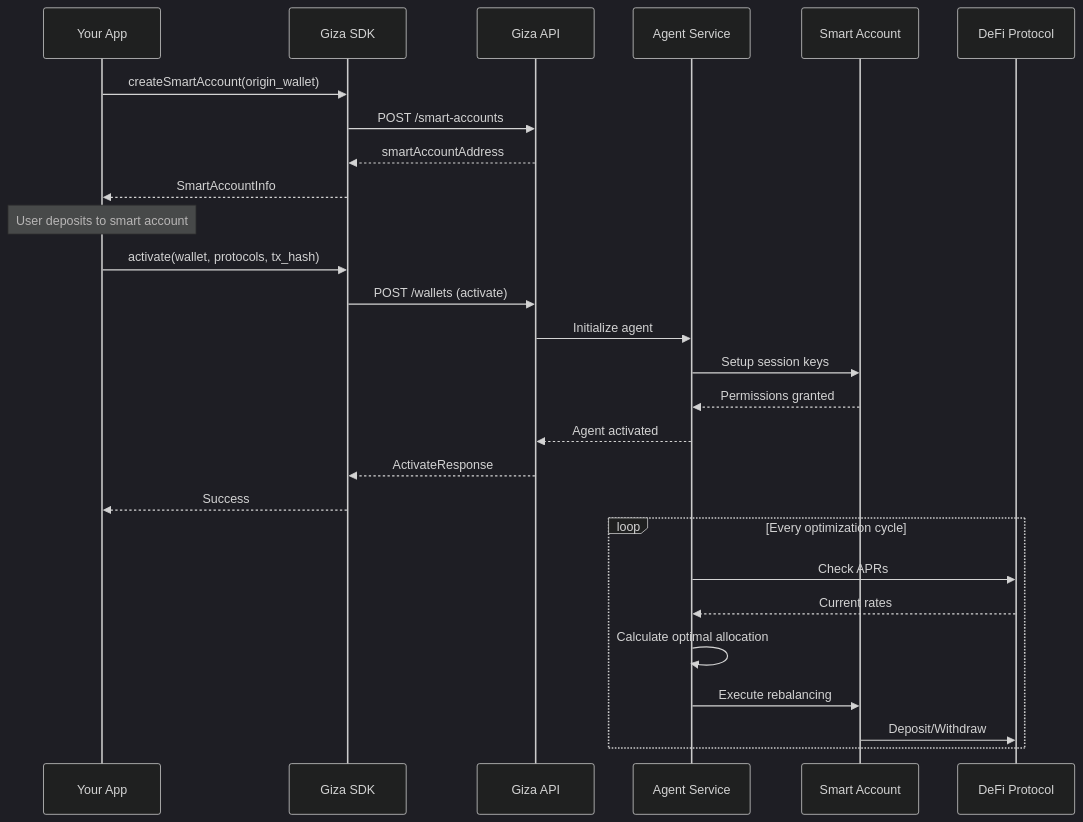
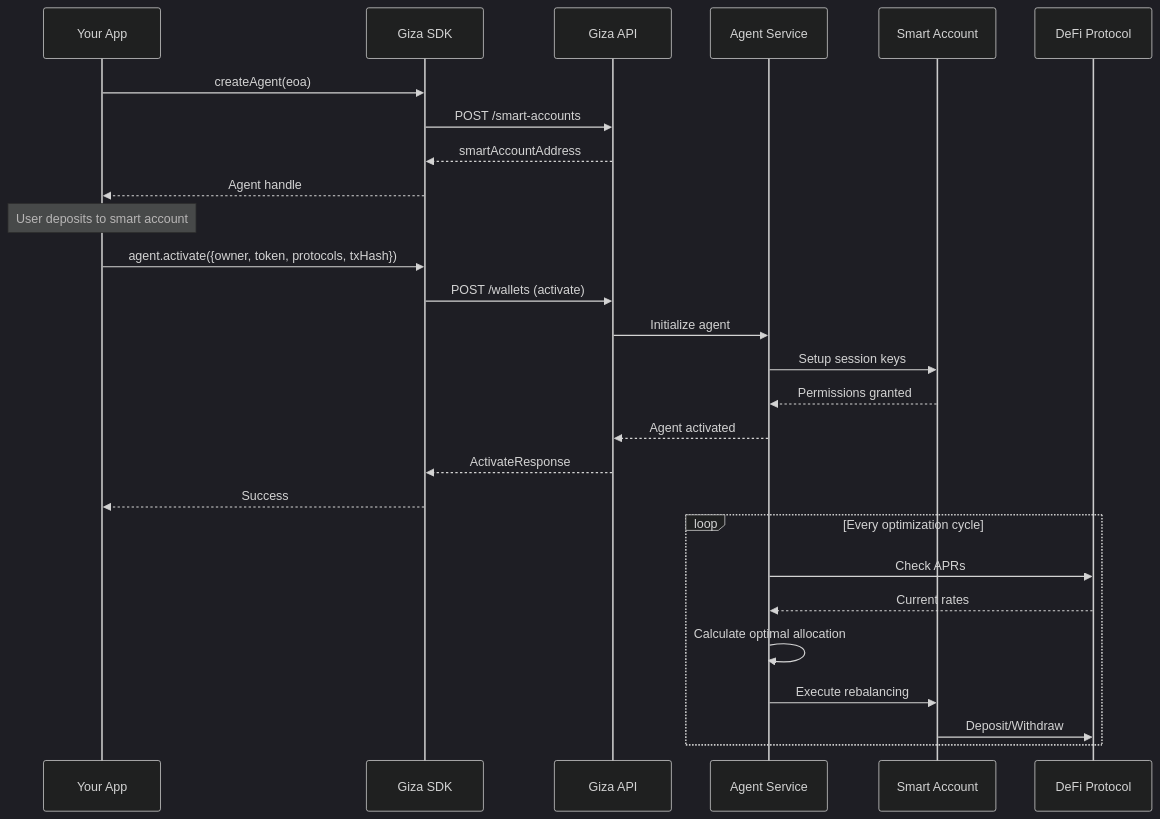
Before and after one commit to gizatechxyz/giza-hub: the second of 2 diagrams in docs/concepts/overview.mdx, drawn with Mermaid (dark theme). The commit also changed other lines of this file and 70 other files, not shown here.

````diff
--- a/docs/concepts/overview.mdx
+++ b/docs/concepts/overview.mdx
@@ -114,33 +114,33 @@
 ```mermaid
 sequenceDiagram
     participant App as Your App
     participant SDK as Giza SDK
     participant API as Giza API
     participant Agent as Agent Service
     participant SA as Smart Account
     participant Protocol as DeFi Protocol
-    
-    App->>SDK: createSmartAccount(origin_wallet)
+
+    App->>SDK: createAgent(eoa)
     SDK->>API: POST /smart-accounts
     API-->>SDK: smartAccountAddress
-    SDK-->>App: SmartAccountInfo
-    
+    SDK-->>App: Agent handle
+
     Note over App: User deposits to smart account
-    
-    App->>SDK: activate(wallet, protocols, tx_hash)
+
+    App->>SDK: agent.activate({owner, token, protocols, txHash})
     SDK->>API: POST /wallets (activate)
     API->>Agent: Initialize agent
     Agent->>SA: Setup session keys
     SA-->>Agent: Permissions granted
     Agent-->>API: Agent activated
     API-->>SDK: ActivateResponse
     SDK-->>App: Success
-    
+
     loop Every optimization cycle
         Agent->>Protocol: Check APRs
         Protocol-->>Agent: Current rates
         Agent->>Agent: Calculate optimal allocation
         Agent->>SA: Execute rebalancing
         SA->>Protocol: Deposit/Withdraw
     end
 ```
````
